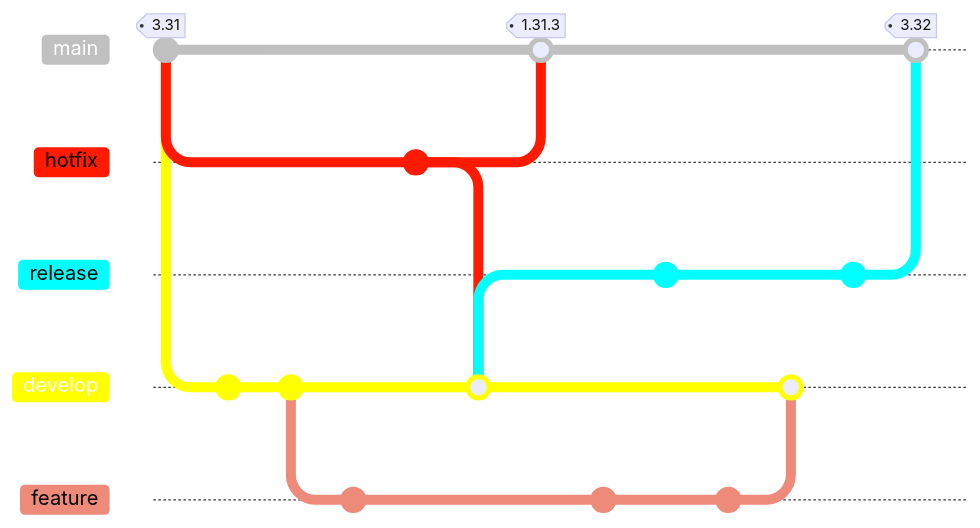
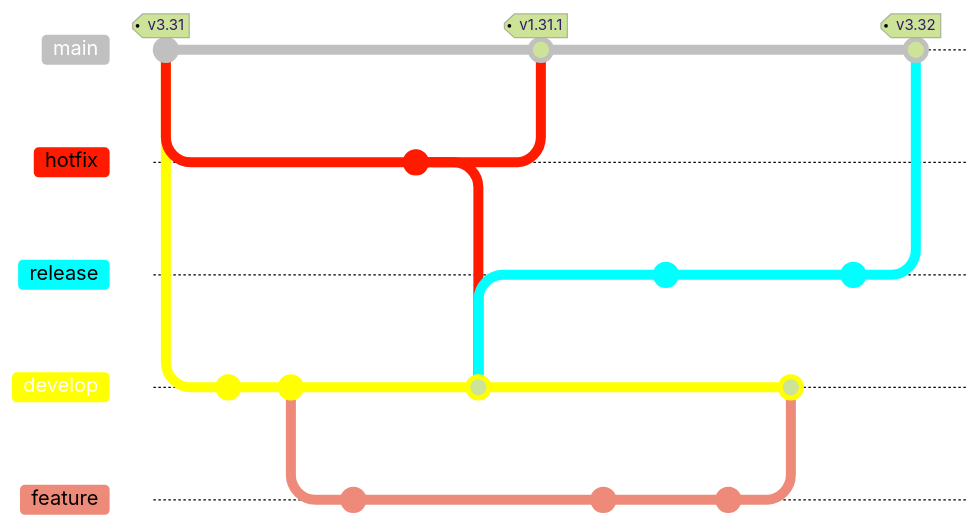
One commit to ifmt-esa/documentacao changed the first of 7 diagrams in README.md. Above: the diagram before and after it, drawn with Mermaid. The commit also changed other lines of this file, not shown here. Commit ids are hidden.

````diff
--- a/README.md
+++ b/README.md
@@ -19,41 +19,41 @@
 ```mermaid
 %%{ init: { 
   'logLevel': 'debug', 
-  'theme': 'default', 
+  'theme': 'forest', 
   'themeVariables': {
     'git0': '#C0C0C0',
     'git1': '#ff1a00',
     'git2': '#00ffff',
     'git3': '#ffff00',
     'git4': '#ed8a79',
     'tagLabelFontSize': '12px' 
   }
 } }%% 
 gitGraph
-  commit tag: "3.31"
+  commit tag: "v3.31"
   branch develop order: 4
   commit
   commit
   branch feature order: 5
   commit
   checkout main
   branch hotfix order: 2
   commit
   checkout develop
   merge hotfix
   checkout main
-  merge hotfix tag: "1.31.3"
+  merge hotfix tag: "v1.31.1"
   checkout feature
   commit
   checkout develop
   branch release order: 3
   commit
   checkout feature
   commit
   checkout develop
   merge feature
   checkout release
   commit
   checkout main
-  merge release tag: "3.32"
+  merge release tag: "v3.32"
 ```
````
